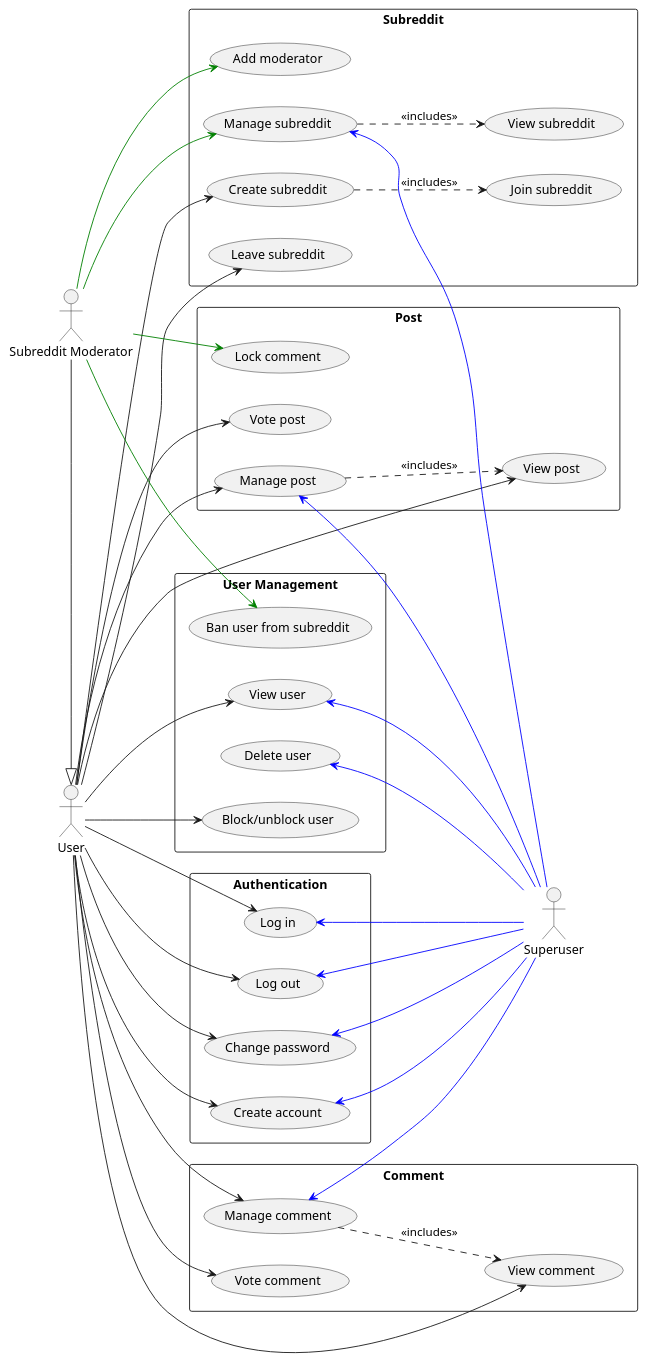
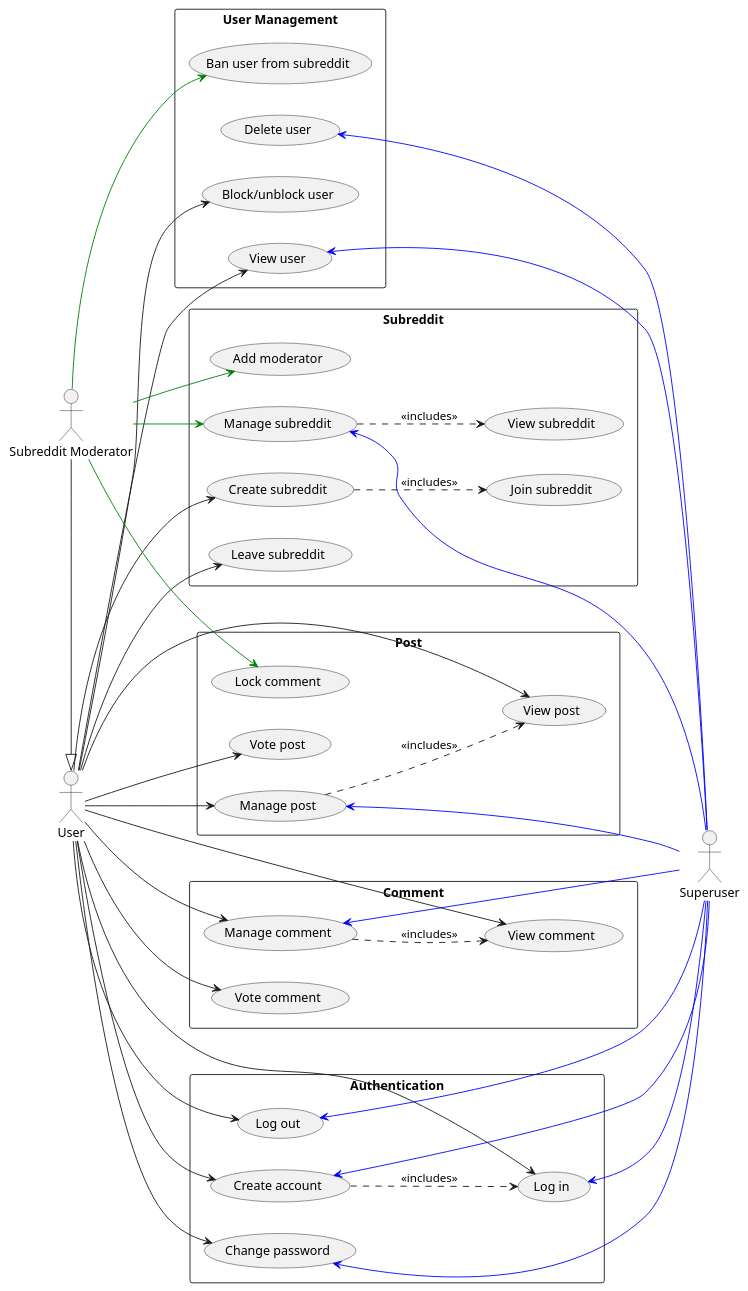
Before and after one commit to Huy-Ngo/reddit-design: the diagram in use_case.puml, drawn with PlantUML. The commit also changed 1 other file, not shown here.

Commit message:
Add connection between create account and login

```diff
--- a/use_case.puml
+++ b/use_case.puml
@@ -1,90 +1,92 @@
 @startuml
 skinparam packageStyle rectangle
 left to right direction
 actor "User" as user
 actor "Subreddit Moderator" as mod
 actor "Superuser" as su
 mod -|> user
 
 rectangle Post as post {
   usecase "Manage post" as post_manage
   usecase "View post" as post_read
 
   usecase "Vote post" as post_vote
   usecase "Lock comment" as post_lock
 }
 
 rectangle Comment as cmt {
   usecase "Manage comment" as cmt_manage
   usecase "View comment" as cmt_read
 
   usecase "Vote comment" as cmt_vote
 }
 
 rectangle Subreddit as sub {
   usecase "Create subreddit" as sub_create
   usecase "View subreddit" as sub_read
   usecase "Manage subreddit" as sub_manage
   usecase "Add moderator" as sub_add_mod
 
   usecase "Join subreddit" as sub_join
   usecase "Leave subreddit" as sub_leave
 }
 
 rectangle "User Management" as user_mng {
   usecase "View user" as user_read
   usecase "Delete user" as user_delete
   usecase "Block/unblock user" as user_block
   usecase "Ban user from subreddit" as user_ban
 }
 
 rectangle "Authentication" as auth {
   usecase "Create account" as acc_create
   usecase "Log in" as login
   usecase "Log out" as logout
   usecase "Change password" as pwd_change
 }
 
 user --> acc_create
 user --> login
 user --> logout
 user --> pwd_change
 
 user --> post_manage
 user --> post_read
 
 user --> post_vote
 
 user --> cmt_manage
 user --> cmt_read
 
 user --> cmt_vote
 
 user --> sub_create
 user --> sub_leave
 
 user --> user_block
 user --> user_read
 
 mod -[#green]-> sub_manage
 mod -[#green]-> sub_add_mod
 mod -[#green]-> user_ban
 mod -[#green]-> post_lock
 
 post_manage   <-[#blue]- su
 cmt_manage    <-[#blue]- su
 sub_manage    <-[#blue]- su
 user_read   <-[#blue]- su
 user_delete <-[#blue]- su
 
 acc_create  <-[#blue]- su
 login       <-[#blue]- su
 logout      <-[#blue]- su
 pwd_change  <-[#blue]- su
 
+acc_create ..> login : <<includes>>
+
 post_manage ..> post_read : <<includes>>
 cmt_manage ..> cmt_read : <<includes>>
 sub_create ..> sub_join : <<includes>>
 sub_manage ..> sub_read : <<includes>>
 
 @enduml
```
